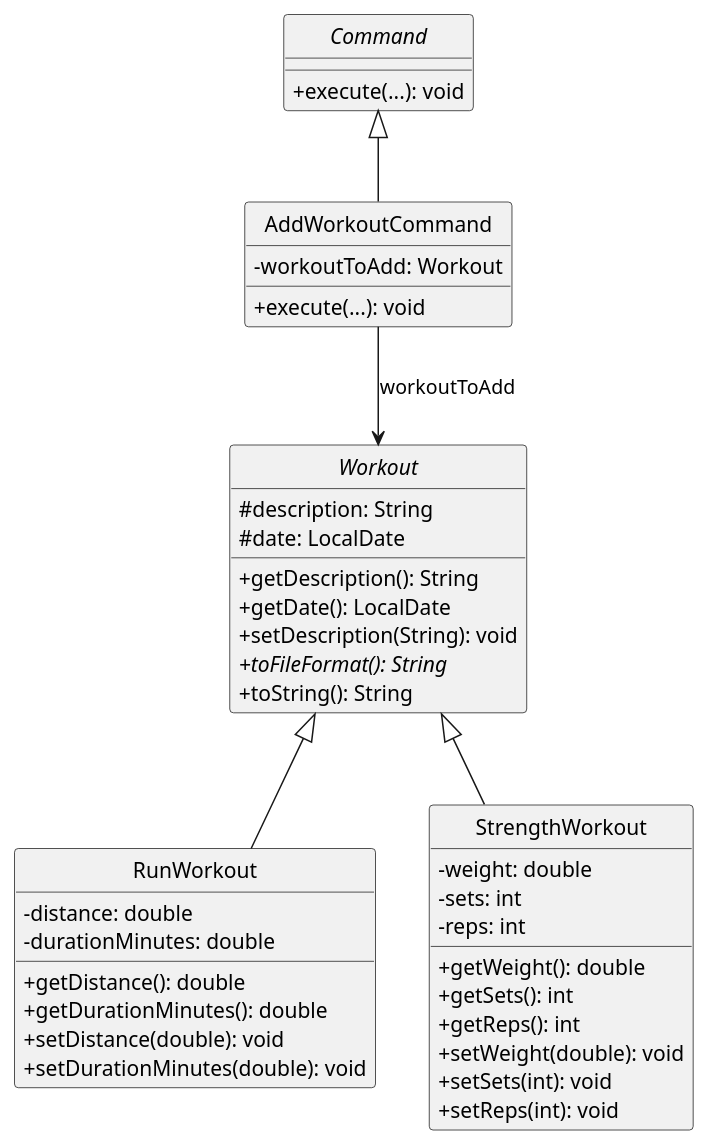
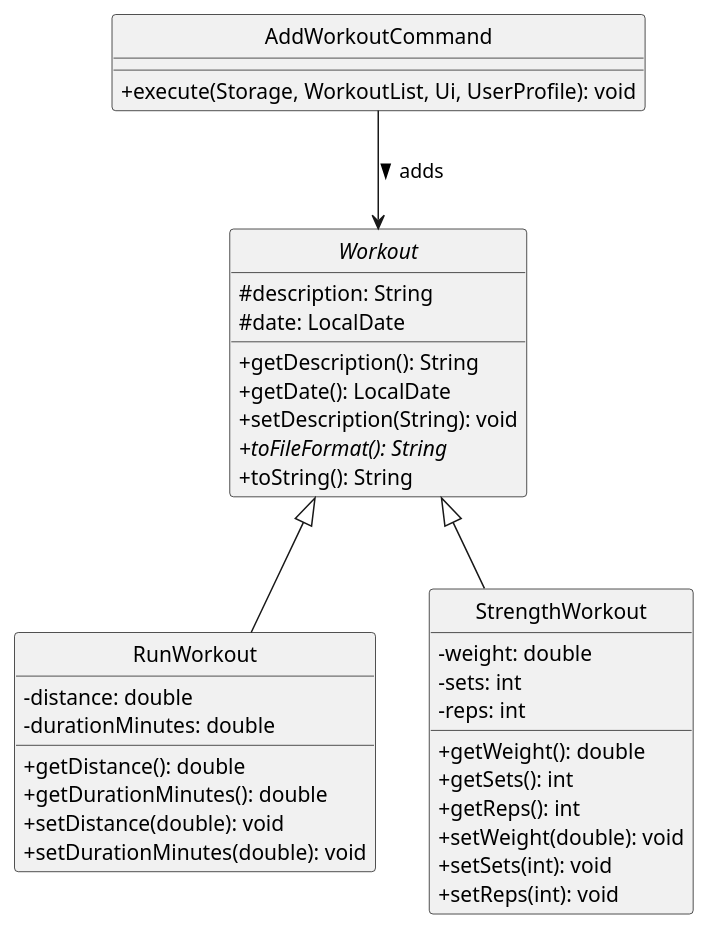
Before and after one commit to Daniel-czj/tp: the diagram in docs/diagrams/AddWorkoutClassDiagram.puml, drawn with PlantUML. The commit also changed 9 other files, not shown here.

```diff
--- a/docs/diagrams/AddWorkoutClassDiagram.puml
+++ b/docs/diagrams/AddWorkoutClassDiagram.puml
@@ -1,49 +1,43 @@
 @startuml
 hide circle
 skinparam classAttributeIconSize 0
-
-abstract class Command {
-    + execute(...): void
-}
 
 abstract class Workout {
     # description: String
     # date: LocalDate
     + getDescription(): String
     + getDate(): LocalDate
     + setDescription(String): void
     + {abstract} toFileFormat(): String
     + toString(): String
 }
 
 class RunWorkout {
     - distance: double
     - durationMinutes: double
     + getDistance(): double
     + getDurationMinutes(): double
     + setDistance(double): void
     + setDurationMinutes(double): void
 }
 
 class StrengthWorkout {
     - weight: double
     - sets: int
     - reps: int
     + getWeight(): double
     + getSets(): int
     + getReps(): int
     + setWeight(double): void
     + setSets(int): void
     + setReps(int): void
 }
 
 class AddWorkoutCommand {
-    - workoutToAdd: Workout
-    + execute(...): void
+    + execute(Storage, WorkoutList, Ui, UserProfile): void
 }
 
-Command <|-- AddWorkoutCommand
 Workout <|-- RunWorkout
 Workout <|-- StrengthWorkout
-AddWorkoutCommand --> Workout : workoutToAdd
+AddWorkoutCommand --> Workout : adds >
 @enduml
```
